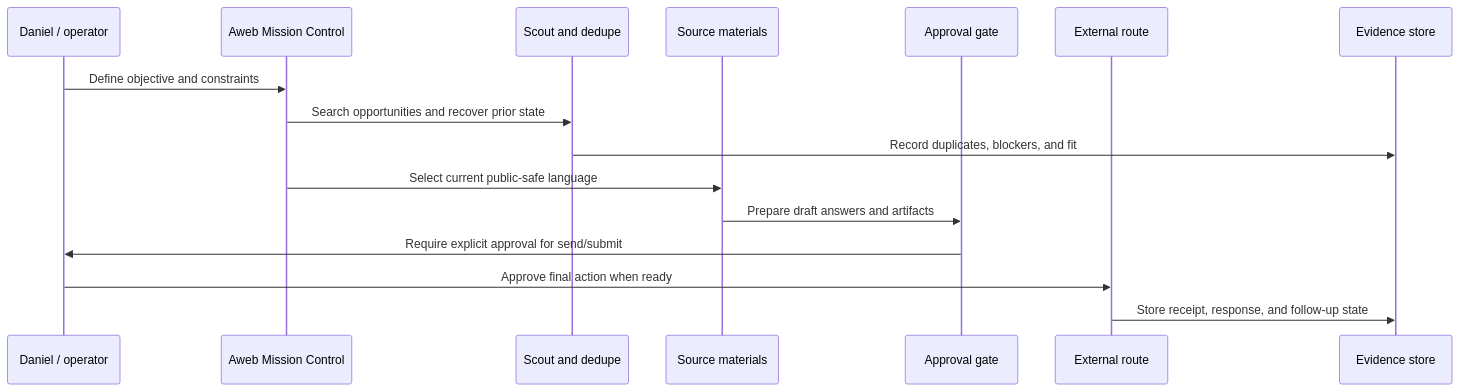
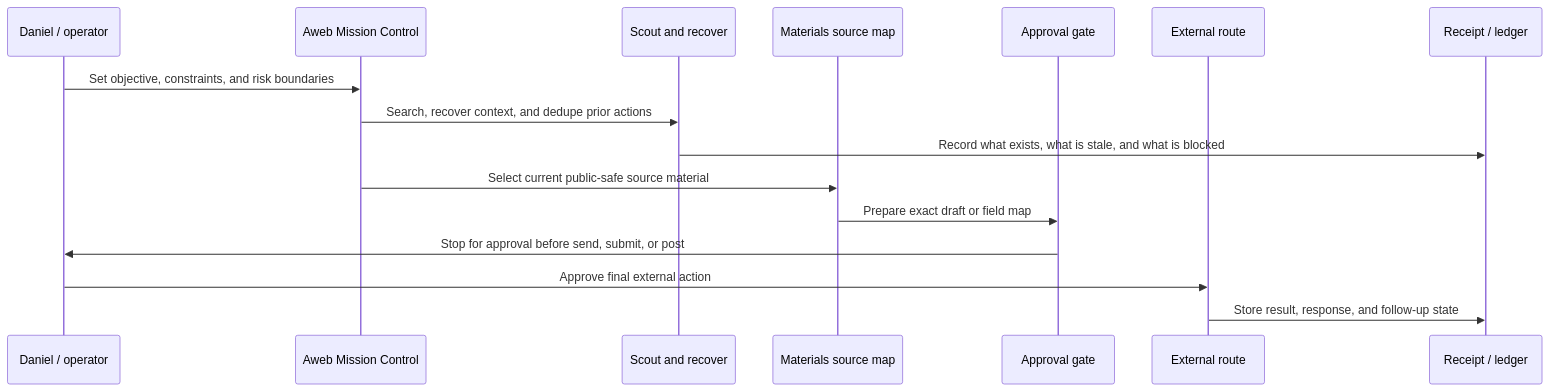
One commit to manfromnowhere143/aweb-labs-public-proof changed the second of 3 diagrams in README.md. Above: the diagram before and after it, drawn with Mermaid. The commit also changed other lines of this file and 1 other file, not shown here.

Commit message:
docs: refine Aweb public proof presentation

````diff
--- a/README.md
+++ b/README.md
@@ -50,19 +105,19 @@
 ```mermaid
 sequenceDiagram
-  participant Founder as Daniel / operator
-  participant Aweb as Aweb Mission Control
-  participant Scout as Scout and dedupe
-  participant Materials as Source materials
-  participant Gate as Approval gate
-  participant Route as External route
-  participant Evidence as Evidence store
+  participant D as Daniel / operator
+  participant A as Aweb Mission Control
+  participant S as Scout and recover
+  participant M as Materials source map
+  participant G as Approval gate
+  participant X as External route
+  participant R as Receipt / ledger
 
-  Founder->>Aweb: Define objective and constraints
-  Aweb->>Scout: Search opportunities and recover prior state
-  Scout->>Evidence: Record duplicates, blockers, and fit
-  Aweb->>Materials: Select current public-safe language
-  Materials->>Gate: Prepare draft answers and artifacts
-  Gate->>Founder: Require explicit approval for send/submit
-  Founder->>Route: Approve final action when ready
-  Route->>Evidence: Store receipt, response, and follow-up state
+  D->>A: Set objective, constraints, and risk boundaries
+  A->>S: Search, recover context, and dedupe prior actions
+  S->>R: Record what exists, what is stale, and what is blocked
+  A->>M: Select current public-safe source material
+  M->>G: Prepare exact draft or field map
+  G->>D: Stop for approval before send, submit, or post
+  D->>X: Approve final external action
+  X->>R: Store result, response, and follow-up state
 ```
````
